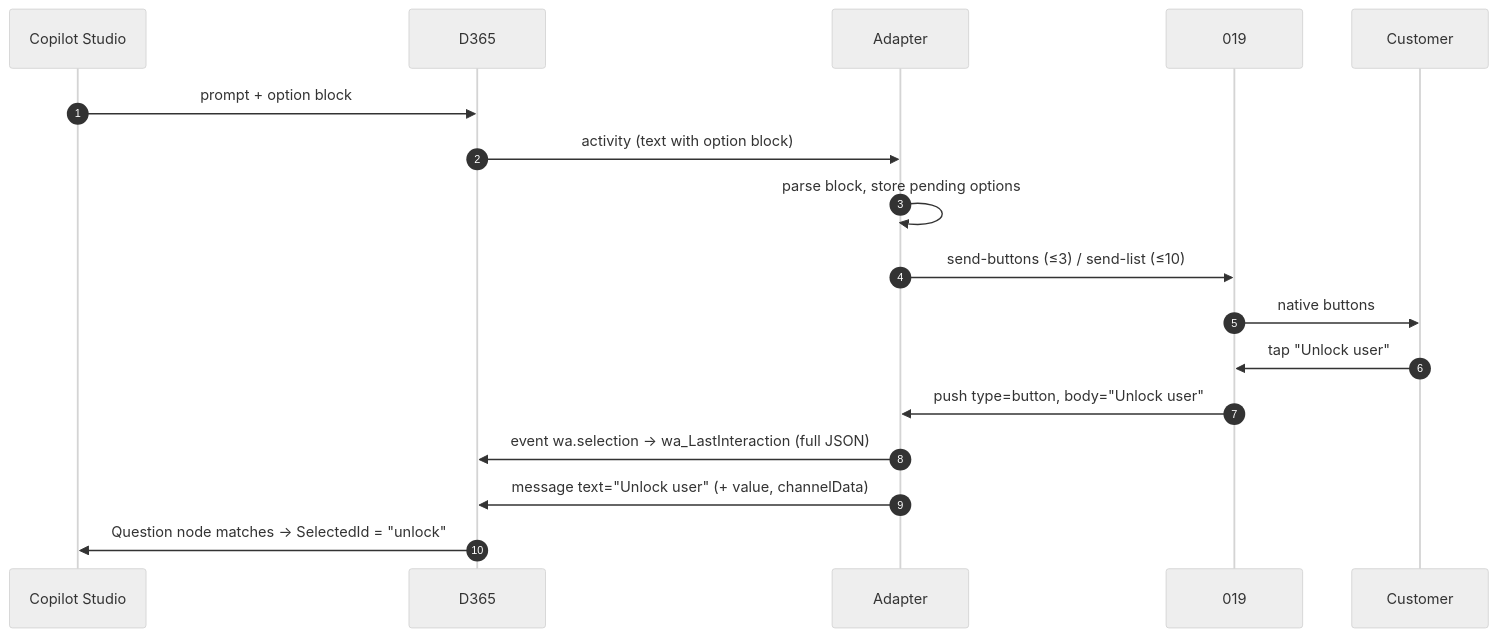
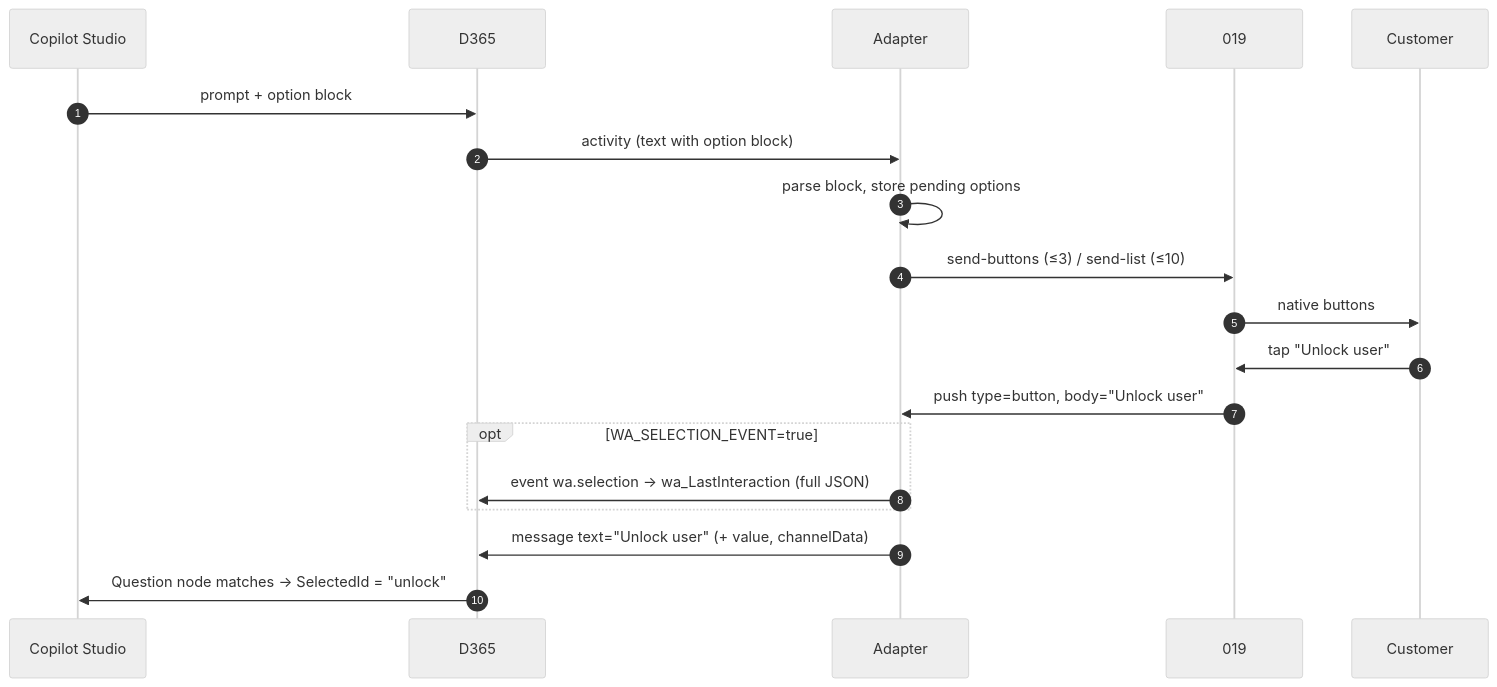
One commit to alexander-you/d365-contact-center-019-whatsapp-channel changed the third of 4 diagrams in docs/architecture.md. Above: the diagram before and after it, drawn with Mermaid (neutral theme). The commit also changed other lines of this file and 6 other files, not shown here.

First line of the commit message:
Make the wa.selection custom event opt-in (WA_SELECTION_EVENT, default off)

````diff
--- a/docs/architecture.md
+++ b/docs/architecture.md
@@ -118,19 +118,21 @@
 ```mermaid
 sequenceDiagram
     autonumber
     participant B as Copilot Studio
     participant D as D365
     participant A as Adapter
     participant O as 019
     participant C as Customer
     B->>D: prompt + option block
     D->>A: activity (text with option block)
     A->>A: parse block, store pending options
     A->>O: send-buttons (≤3) / send-list (≤10)
     O->>C: native buttons
     C->>O: tap "Unlock user"
     O->>A: push type=button, body="Unlock user"
-    A->>D: event wa.selection → wa_LastInteraction (full JSON)
+    opt WA_SELECTION_EVENT=true
+        A->>D: event wa.selection → wa_LastInteraction (full JSON)
+    end
     A->>D: message text="Unlock user" (+ value, channelData)
     D->>B: Question node matches → SelectedId = "unlock"
 ```
````
